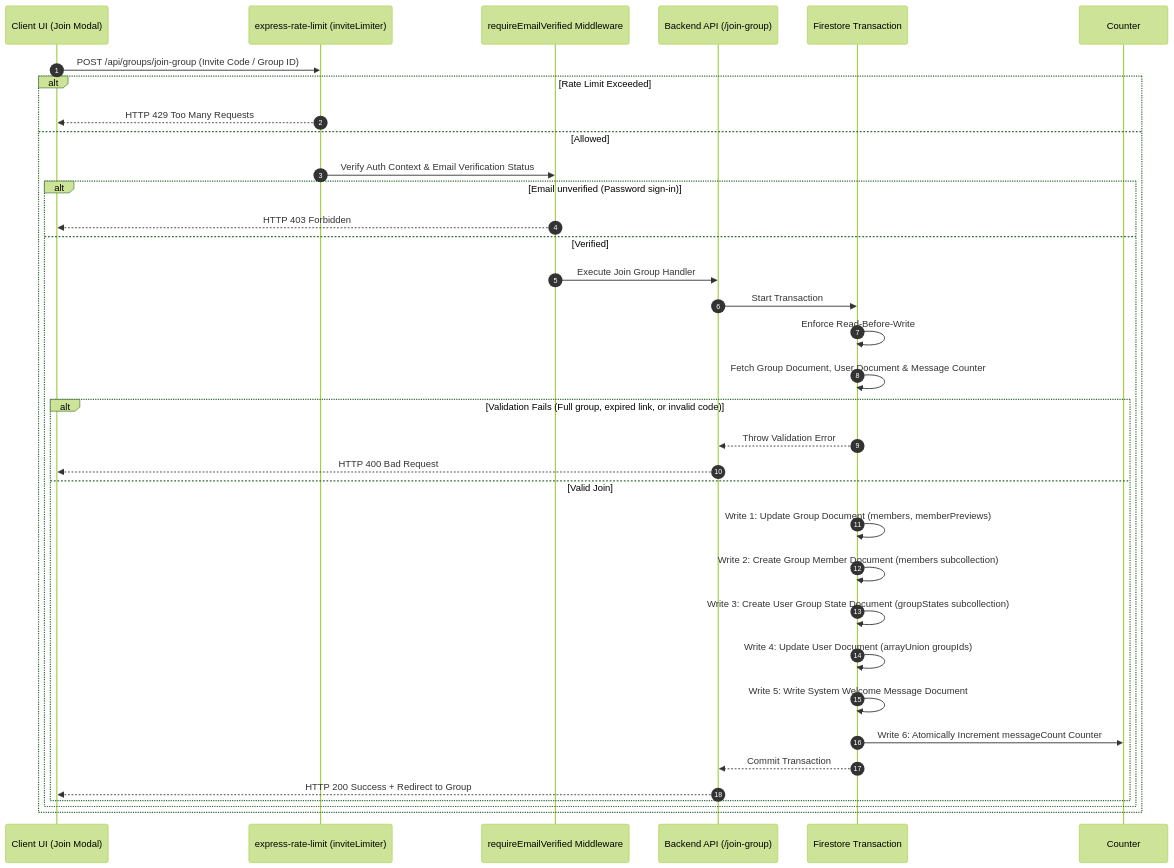
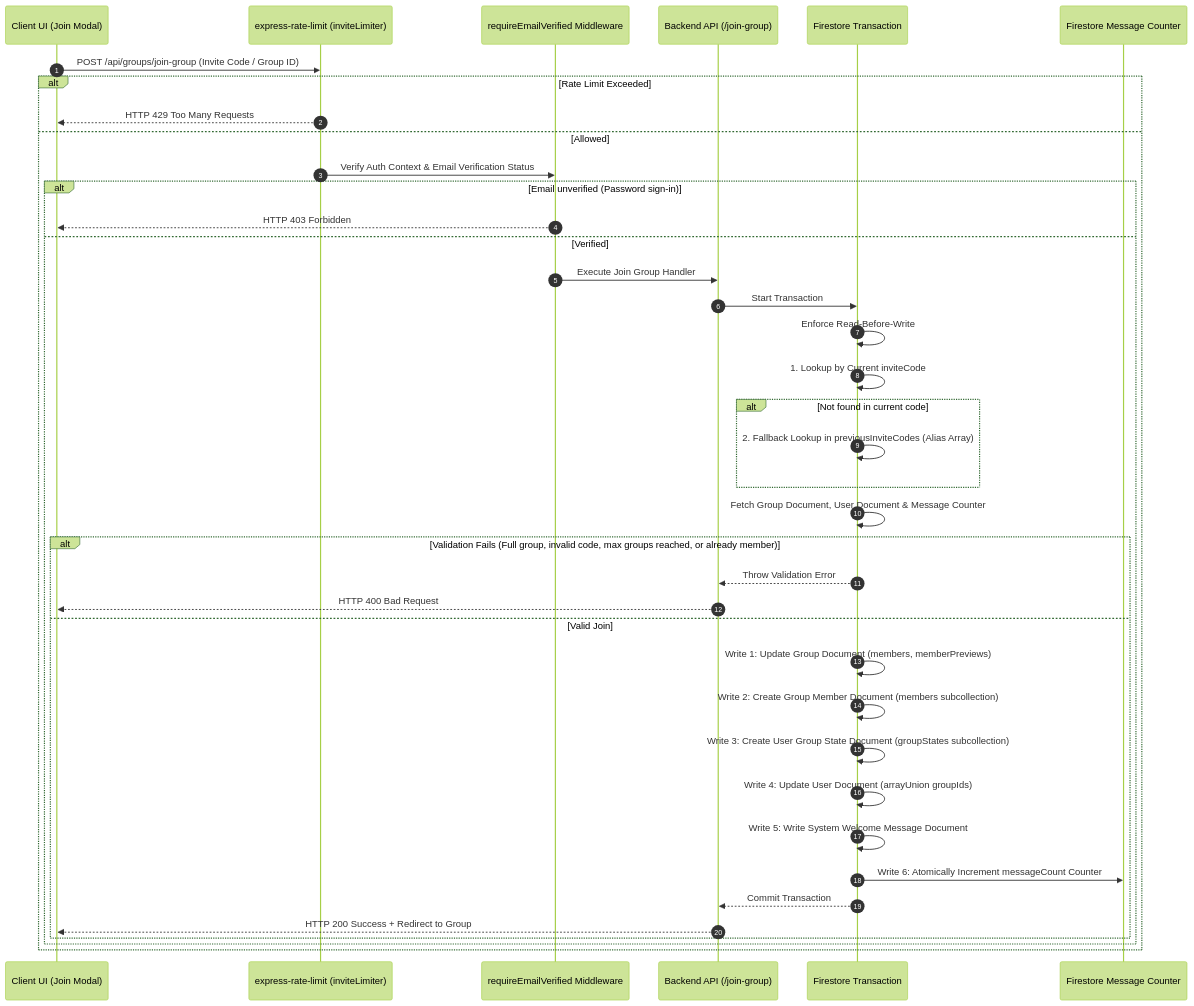
One commit to ScriptureHabit/scripture-habit changed the diagram in docs/group-invites.md. Above: the diagram before and after it, drawn with Mermaid (forest theme). The commit also changed other lines of this file and 3 other files, not shown here.

Commit message:
docs: update group invites and i18n docs to reflect zero-expiration and SSOT architecture

````diff
--- a/docs/group-invites.md
+++ b/docs/group-invites.md
@@ -11,38 +11,43 @@
 ```mermaid
 sequenceDiagram
     autonumber
     participant UI as Client UI (Join Modal)
     participant Rate as express-rate-limit (inviteLimiter)
     participant Auth as requireEmailVerified Middleware
     participant API as Backend API (/join-group)
     participant DB as Firestore Transaction
+    participant Counter as Firestore Message Counter
 
     UI->>Rate: POST /api/groups/join-group (Invite Code / Group ID)
     alt Rate Limit Exceeded
         Rate-->>UI: HTTP 429 Too Many Requests
     else Allowed
         Rate->>Auth: Verify Auth Context & Email Verification Status
         alt Email unverified (Password sign-in)
             Auth-->>UI: HTTP 403 Forbidden
         else Verified
             Auth->>API: Execute Join Group Handler
             API->>DB: Start Transaction
             DB->>DB: Enforce Read-Before-Write
+            DB->>DB: 1. Lookup by Current inviteCode
+            alt Not found in current code
+                DB->>DB: 2. Fallback Lookup in previousInviteCodes (Alias Array)
+            end
             DB->>DB: Fetch Group Document, User Document & Message Counter
             
-            alt Validation Fails (Full group, expired link, or invalid code)
+            alt Validation Fails (Full group, invalid code, max groups reached, or already member)
                 DB-->>API: Throw Validation Error
                 API-->>UI: HTTP 400 Bad Request
             else Valid Join
                 DB->>DB: Write 1: Update Group Document (members, memberPreviews)
                 DB->>DB: Write 2: Create Group Member Document (members subcollection)
                 DB->>DB: Write 3: Create User Group State Document (groupStates subcollection)
                 DB->>DB: Write 4: Update User Document (arrayUnion groupIds)
                 DB->>DB: Write 5: Write System Welcome Message Document
                 DB->>Counter: Write 6: Atomically Increment messageCount Counter
                 DB-->>API: Commit Transaction
                 API-->>UI: HTTP 200 Success + Redirect to Group
             end
         end
     end
 ```
````
